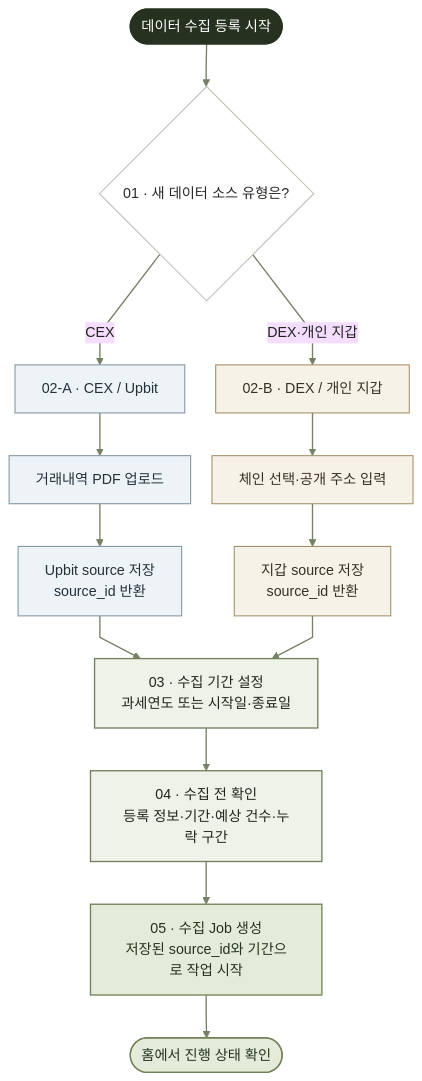
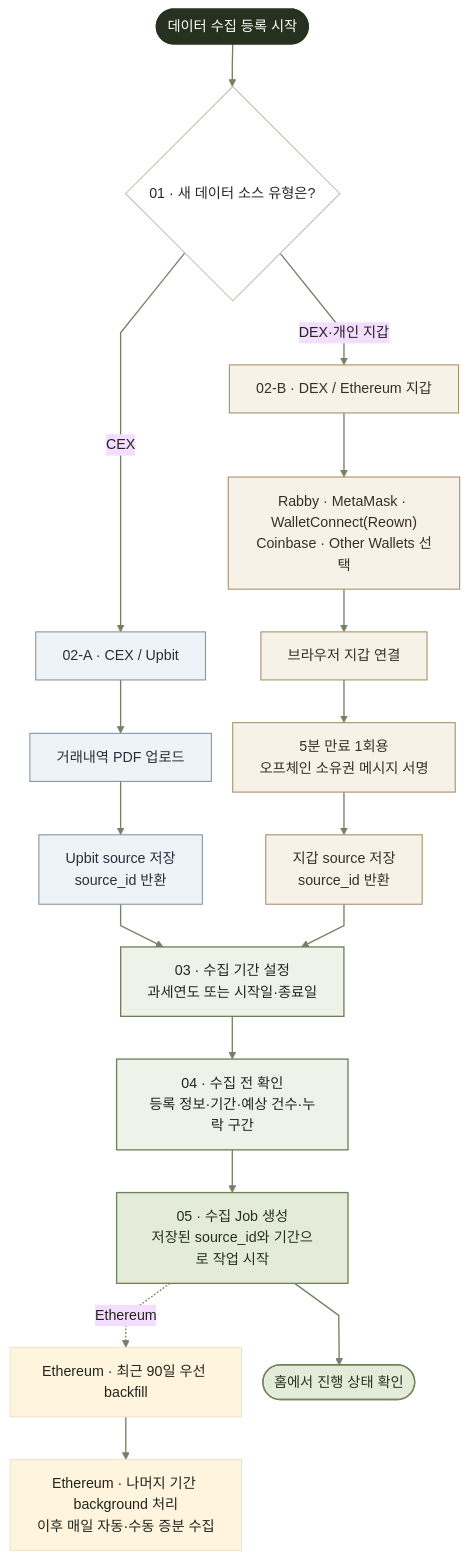
Before and after one commit to BackwardLabs/daejang: the diagram in docs/02-data-source-collection.md, drawn with Mermaid. The commit also changed other lines of this file and 24 other files, not shown here.

Commit message:
feat: add EVM wallet connection flow

````diff
--- a/docs/02-data-source-collection.md
+++ b/docs/02-data-source-collection.md
@@ -47,50 +49,58 @@
 ```mermaid
 %%{init: {"theme":"base","flowchart":{"curve":"linear","nodeSpacing":24,"rankSpacing":48},"themeVariables":{"fontFamily":"Pretendard, SUIT, sans-serif","primaryTextColor":"#20241d","lineColor":"#758064"}}}%%
 flowchart TB
   start([데이터 수집 등록 시작])
   type{"01 · 새 데이터 소스 유형은?"}
 
   upbit["02-A · CEX / Upbit"]
   upbitInput["거래내역 PDF 업로드"]
   upbitSaved["Upbit source 저장<br/>source_id 반환"]
 
-  dex["02-B · DEX / 개인 지갑"]
-  dexInput["체인 선택·공개 주소 입력"]
+  dex["02-B · DEX / Ethereum 지갑"]
+  walletMethod["Rabby · MetaMask · WalletConnect(Reown)<br/>Coinbase · Other Wallets 선택"]
+  dexInput["브라우저 지갑 연결"]
+  walletSign["5분 만료 1회용<br/>오프체인 소유권 메시지 서명"]
   dexSaved["지갑 source 저장<br/>source_id 반환"]
 
   period["03 · 수집 기간 설정<br/>과세연도 또는 시작일·종료일"]
   preview["04 · 수집 전 확인<br/>등록 정보·기간·예상 건수·누락 구간"]
   job["05 · 수집 Job 생성<br/>저장된 source_id와 기간으로 작업 시작"]
+  recent["Ethereum · 최근 90일 우선 backfill"]
+  background["Ethereum · 나머지 기간 background 처리<br/>이후 매일 자동·수동 증분 수집"]
   home([홈에서 진행 상태 확인])
 
   start --> type
   type -->|CEX| upbit
   type -->|DEX·개인 지갑| dex
 
   upbit --> upbitInput
   upbitInput --> upbitSaved
 
-  dex --> dexInput
-  dexInput --> dexSaved
+  dex --> walletMethod
+  walletMethod --> dexInput
+  dexInput --> walletSign
+  walletSign --> dexSaved
 
   upbitSaved --> period
   dexSaved --> period
   period --> preview
   preview --> job
   job --> home
+  job -. Ethereum .-> recent
+  recent --> background
 
   classDef startNode fill:#27311f,color:#ffffff,stroke:#27311f,stroke-width:1.5px;
   classDef step fill:#ffffff,color:#262a23,stroke:#bcc3b4,stroke-width:1.2px;
   classDef upbitStep fill:#eef3f7,color:#24313b,stroke:#8295a4,stroke-width:1.2px;
   classDef dexStep fill:#f7f2e8,color:#382f20,stroke:#a59068,stroke-width:1.2px;
   classDef focus fill:#eef2e8,color:#20271b,stroke:#71805e,stroke-width:1.5px;
   classDef success fill:#e4ecd9,color:#25321d,stroke:#708257,stroke-width:1.5px;
 
   class start startNode;
   class type step;
   class upbit,upbitInput,upbitSaved upbitStep;
-  class dex,dexInput,dexSaved dexStep;
+  class dex,walletMethod,dexInput,walletSign,dexSaved dexStep;
   class period,preview focus;
   class job,home success;
   linkStyle default stroke:#758064,stroke-width:1.5px;
 ```
````
